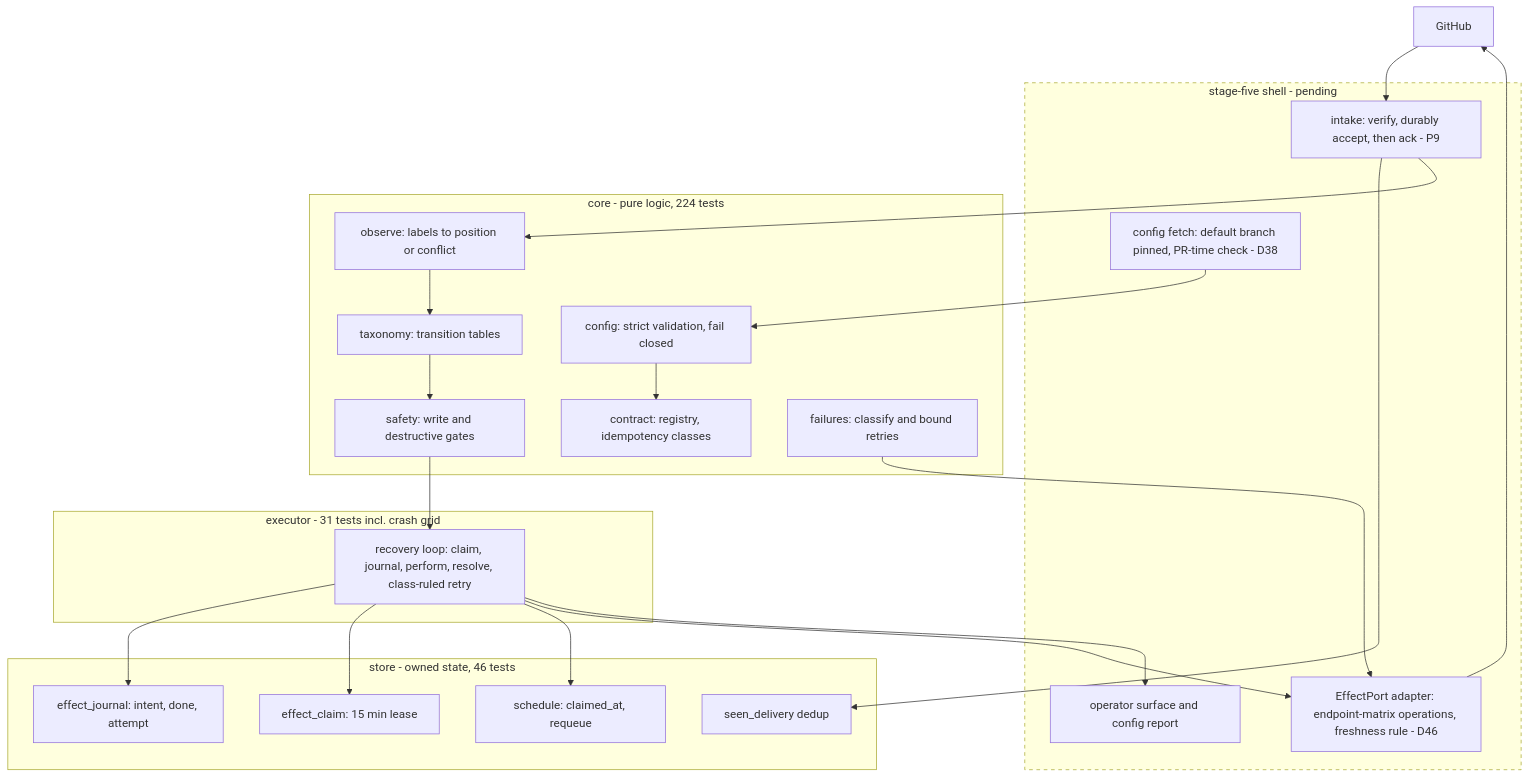
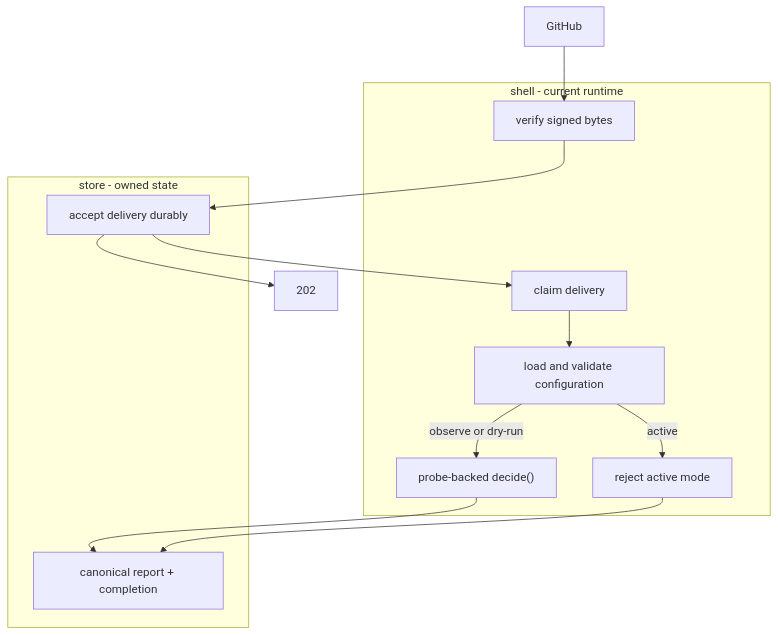
The second of 2 diagrams in design/architecture.md (cheese-cakee/sdk-automations), drawn with Mermaid before and after one commit. The commit also changed other lines of this file and 50 other files, not shown here.

````diff
--- a/design/architecture.md
+++ b/design/architecture.md
@@ -65,38 +65,19 @@
 ```mermaid
 flowchart TB
     GH["GitHub"]
-    subgraph SHELL["stage-five shell - pending"]
-        IN["intake: verify, durably accept, then ack - P9"]
-        CFGF["config fetch: default branch pinned, PR-time check - D38"]
-        PORT["EffectPort adapter: endpoint-matrix operations, freshness rule - D46"]
-        OPS["operator surface and config report"]
+    subgraph SHELL["shell - current runtime"]
+        VERIFY["verify signed bytes"]
+        CLAIM["claim delivery"]
+        CFG["load and validate configuration"]
+        DECIDE["probe-backed decide()"]
+        UNSUPPORTED["reject active mode"]
     end
-    subgraph CORE["core - pure logic, 224 tests"]
-        CFG["config: strict validation, fail closed"]
-        REG["contract: registry, idempotency classes"]
-        OBS["observe: labels to position or conflict"]
-        TX["taxonomy: transition tables"]
-        SAFE["safety: write and destructive gates"]
-        FAILC["failures: classify and bound retries"]
+    subgraph STORE["store - owned state"]
+        ACCEPT["accept delivery durably"]
+        COMPLETE["canonical report + completion"]
     end
-    subgraph STORE["store - owned state, 46 tests"]
-        SEEN["seen_delivery dedup"]
-        JRN["effect_journal: intent, done, attempt"]
-        CLM["effect_claim: 15 min lease"]
-        SCH["schedule: claimed_at, requeue"]
-    end
-    subgraph EXECP["executor - 31 tests incl. crash grid"]
-        LOOP["recovery loop: claim, journal, perform, resolve, class-ruled retry"]
-    end
-    GH --> IN --> SEEN
-    IN --> OBS
-    CFGF --> CFG --> REG
-    OBS --> TX --> SAFE --> LOOP
-    LOOP --> JRN
-    LOOP --> CLM
-    LOOP --> SCH
-    LOOP --> PORT --> GH
-    FAILC --> PORT
-    LOOP --> OPS
-    style SHELL stroke-dasharray: 5 5
+    GH --> VERIFY --> ACCEPT --> ACK["202"]
+    ACCEPT --> CLAIM --> CFG
+    CFG -->|observe or dry-run| DECIDE --> COMPLETE
+    CFG -->|active| UNSUPPORTED --> COMPLETE
 ```
````
